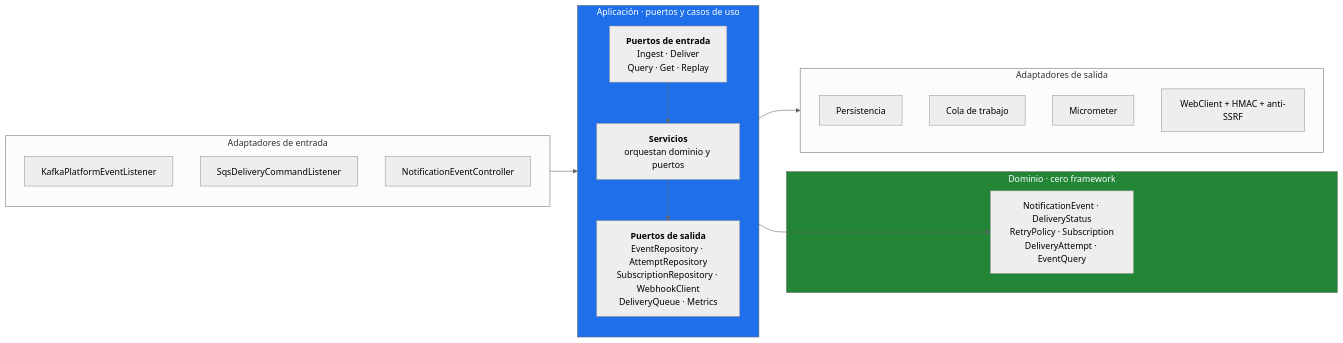
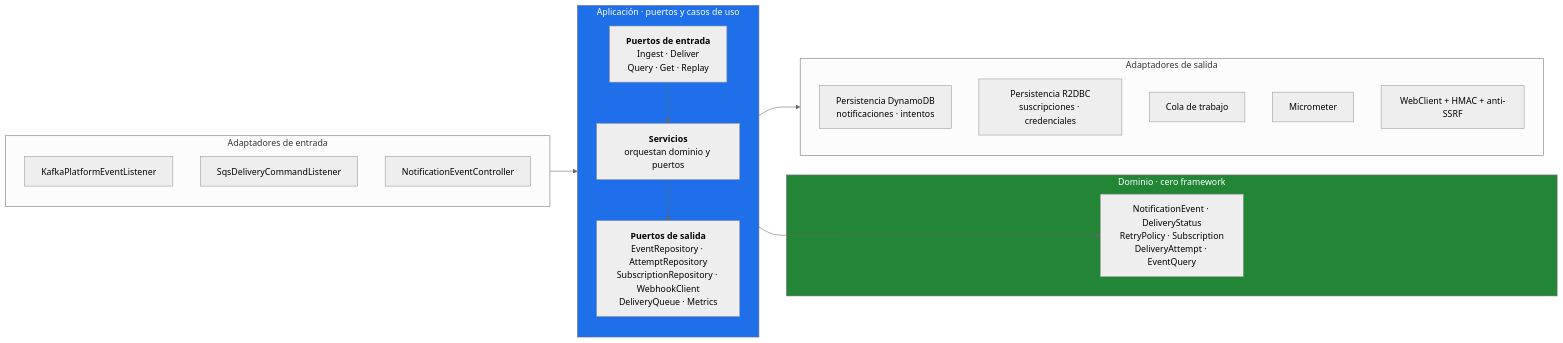
The third of 7 diagrams in docs/01-diseno-del-sistema.md (ssalaza7/cobre-notification-delivery), drawn with Mermaid (neutral theme) before and after one commit. The commit also changed other lines of this file and 4 other files, not shown here.

First line of the commit message:
docs: los diagramas y la documentacion reflejan los dos almacenes

````diff
--- a/docs/01-diseno-del-sistema.md
+++ b/docs/01-diseno-del-sistema.md
@@ -145,34 +147,35 @@
 ```mermaid
 flowchart LR
     subgraph in["Adaptadores de entrada"]
         msg1["KafkaPlatformEventListener"]
         msg2["SqsDeliveryCommandListener"]
         rest["NotificationEventController"]
     end
 
     subgraph app["Aplicación · puertos y casos de uso"]
         direction TB
         pin["<b>Puertos de entrada</b><br/>Ingest · Deliver<br/>Query · Get · Replay"]
         uc["<b>Servicios</b><br/>orquestan dominio y puertos"]
         pout["<b>Puertos de salida</b><br/>EventRepository · AttemptRepository<br/>SubscriptionRepository · WebhookClient<br/>DeliveryQueue · Metrics"]
         pin --> uc --> pout
     end
 
     subgraph dom["Dominio · cero framework"]
         model["NotificationEvent · DeliveryStatus<br/>RetryPolicy · Subscription<br/>DeliveryAttempt · EventQuery"]
     end
 
     subgraph out["Adaptadores de salida"]
-        r2dbc["Persistencia"]
+        ddb["Persistencia DynamoDB<br/>notificaciones · intentos"]
+        sql["Persistencia R2DBC<br/>suscripciones · credenciales"]
         mq["Cola de trabajo"]
         met["Micrometer"]
         web["WebClient + HMAC + anti-SSRF"]
     end
 
     in --> pin
     uc --> model
     pout --> out
 
     style dom fill:#238636,color:#fff
     style app fill:#1f6feb,color:#fff
 ```
````
